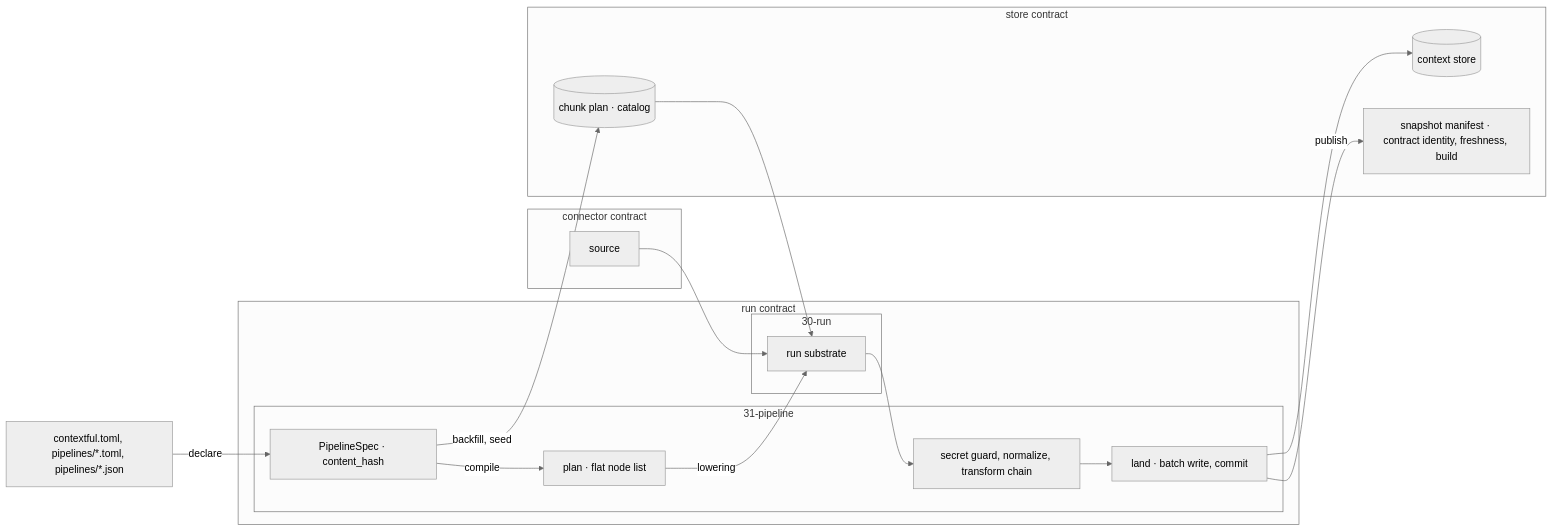
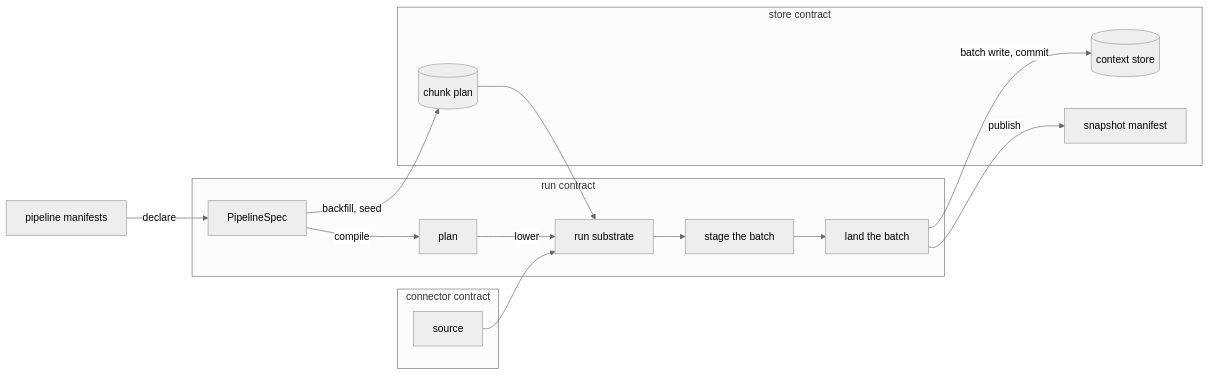
One commit to fractalboxdev/contextful changed the first of 4 diagrams in spec/31-pipeline.md. Above: the diagram before and after it, drawn with Mermaid (neutral theme). The commit also changed other lines of this file and 24 other files, not shown here.

First line of the commit message:
spec: every flowchart draws one entity or process per node

````diff
--- a/spec/31-pipeline.md
+++ b/spec/31-pipeline.md
@@ -23,32 +23,28 @@
 ```mermaid
 flowchart LR
-  MF["contextful.toml, pipelines/*.toml, pipelines/*.json"] -->|declare| SPEC
+  MF["pipeline manifests"] -->|declare| SPEC
   subgraph CONN["connector contract"]
     SRC["source"]
   end
   subgraph RUNC["run contract"]
-    subgraph P31["31-pipeline"]
-      SPEC["PipelineSpec · content_hash"]
-      PLAN["plan · flat node list"]
-      ST["secret guard, normalize, transform chain"]
-      LAND["land · batch write, commit"]
-    end
-    subgraph R30["30-run"]
-      RUN["run substrate"]
-    end
+    SPEC["PipelineSpec"]
+    PLAN["plan"]
+    RUN["run substrate"]
+    ST["stage the batch"]
+    LAND["land the batch"]
   end
   subgraph STORE["store contract"]
-    CH[("chunk plan · catalog")]
+    CH[("chunk plan")]
     CS[("context store")]
-    MAN["snapshot manifest · contract identity, freshness, build"]
+    MAN["snapshot manifest"]
   end
   SPEC -->|compile| PLAN
-  PLAN -->|"lowering"| RUN
+  PLAN -->|lower| RUN
   SPEC -->|"backfill, seed"| CH
   CH --> RUN
   SRC --> RUN
   RUN --> ST
   ST --> LAND
-  LAND --> CS
+  LAND -->|"batch write, commit"| CS
   LAND -->|publish| MAN
 ```
````
